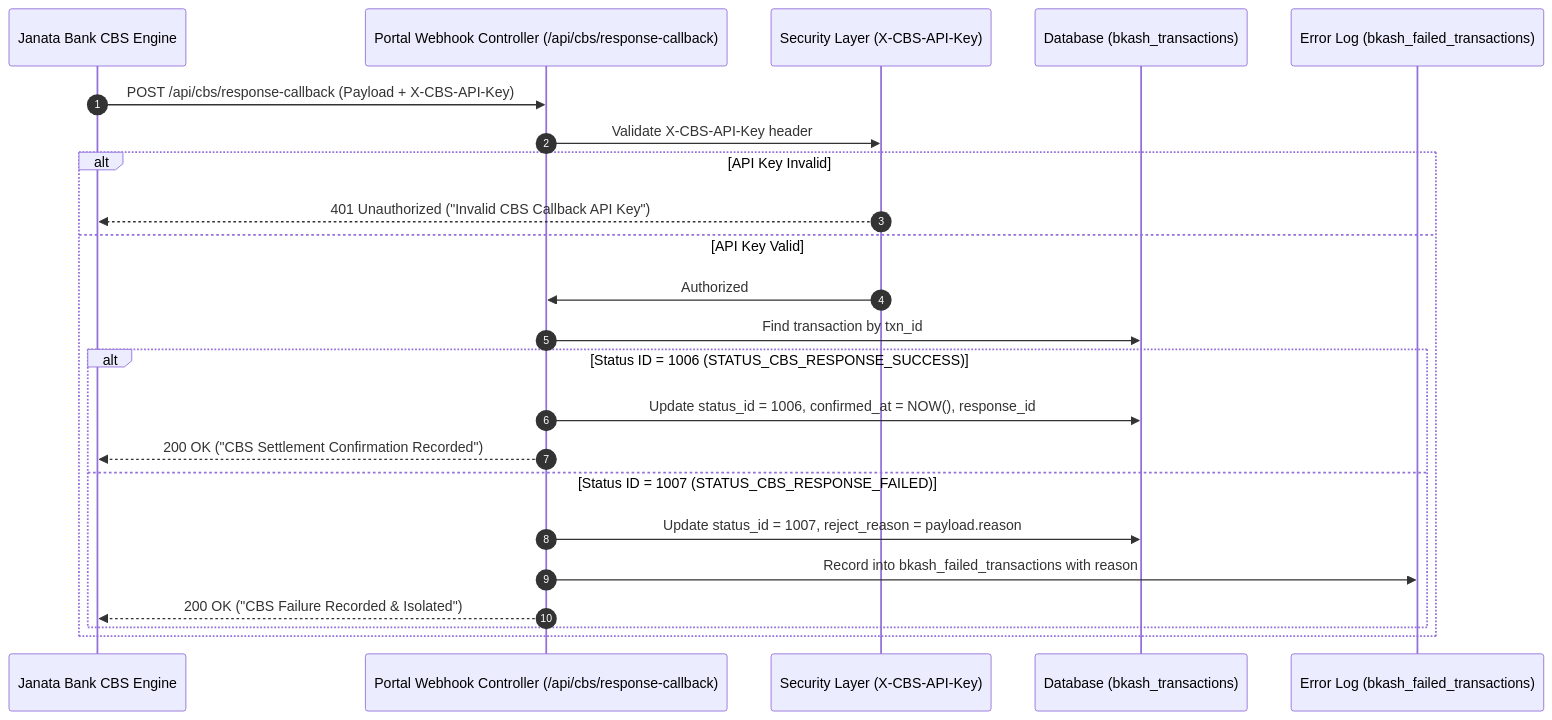
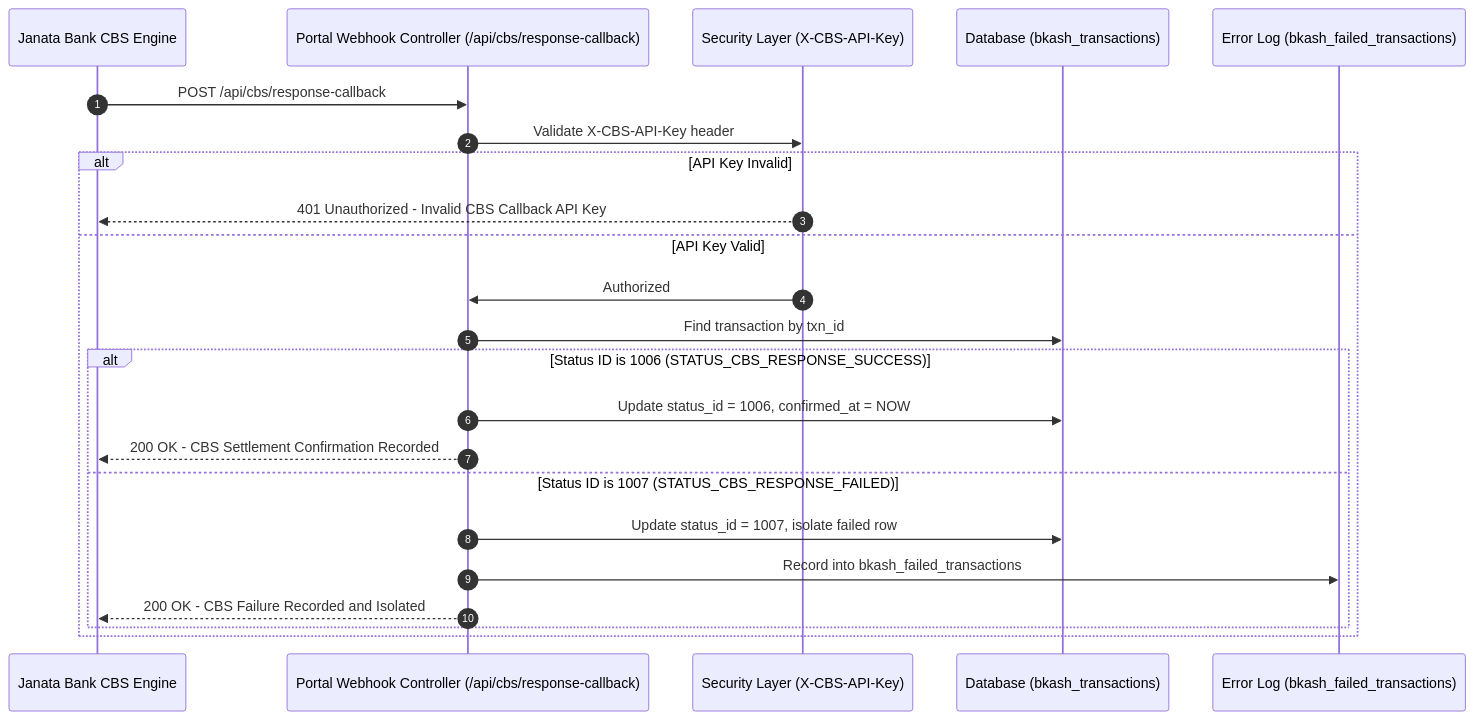
One commit to syedarifulislamemon2010/jb-corporate---bkash changed the third of 6 diagrams in README.md. Above: the diagram before and after it, drawn with Mermaid. The commit also changed other lines of this file and 5 other files, not shown here.

Commit message:
Fix Mermaid flowchart syntax and generate screenshot mockups

````diff
--- a/README.md
+++ b/README.md
@@ -286,26 +286,26 @@
 ```mermaid
 sequenceDiagram
     autonumber
     participant CBS as Janata Bank CBS Engine
     participant Webhook as Portal Webhook Controller (/api/cbs/response-callback)
     participant Auth as Security Layer (X-CBS-API-Key)
     participant Ledger as Database (bkash_transactions)
     participant FailedLog as Error Log (bkash_failed_transactions)
 
-    CBS->>Webhook: POST /api/cbs/response-callback (Payload + X-CBS-API-Key)
+    CBS->>Webhook: POST /api/cbs/response-callback
     Webhook->>Auth: Validate X-CBS-API-Key header
     alt API Key Invalid
-        Auth-->>CBS: 401 Unauthorized ("Invalid CBS Callback API Key")
+        Auth-->>CBS: 401 Unauthorized - Invalid CBS Callback API Key
     else API Key Valid
         Auth->>Webhook: Authorized
         Webhook->>Ledger: Find transaction by txn_id
-        alt Status ID = 1006 (STATUS_CBS_RESPONSE_SUCCESS)
-            Webhook->>Ledger: Update status_id = 1006, confirmed_at = NOW(), response_id
-            Webhook-->>CBS: 200 OK ("CBS Settlement Confirmation Recorded")
-        else Status ID = 1007 (STATUS_CBS_RESPONSE_FAILED)
-            Webhook->>Ledger: Update status_id = 1007, reject_reason = payload.reason
-            Webhook->>FailedLog: Record into bkash_failed_transactions with reason
-            Webhook-->>CBS: 200 OK ("CBS Failure Recorded & Isolated")
+        alt Status ID is 1006 (STATUS_CBS_RESPONSE_SUCCESS)
+            Webhook->>Ledger: Update status_id = 1006, confirmed_at = NOW
+            Webhook-->>CBS: 200 OK - CBS Settlement Confirmation Recorded
+        else Status ID is 1007 (STATUS_CBS_RESPONSE_FAILED)
+            Webhook->>Ledger: Update status_id = 1007, isolate failed row
+            Webhook->>FailedLog: Record into bkash_failed_transactions
+            Webhook-->>CBS: 200 OK - CBS Failure Recorded and Isolated
         end
     end
 ```
````
